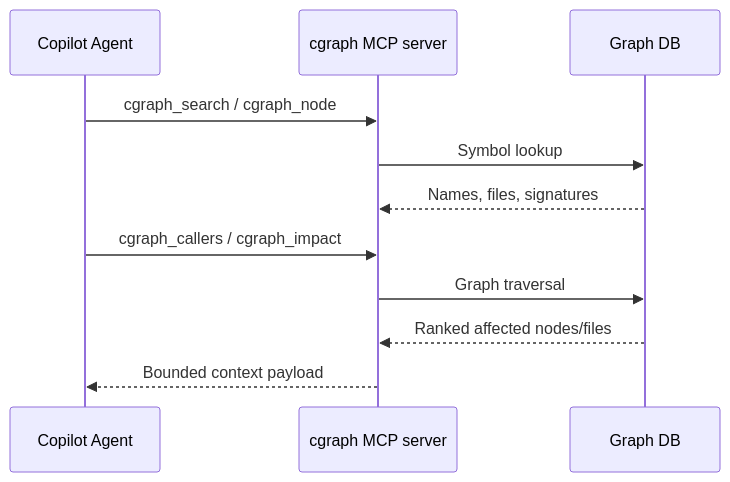
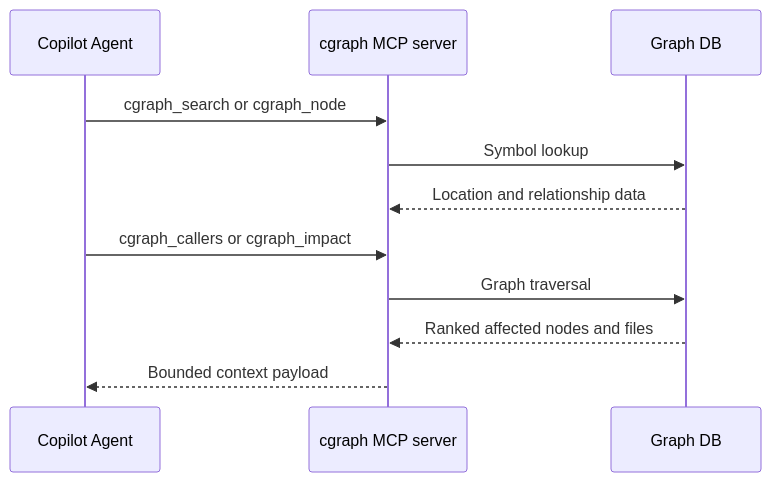
The third of 3 diagrams in README.md (samarth-w/agent_graph), drawn with Mermaid before and after one commit. The commit also changed other lines of this file, not shown here.

````diff
--- a/README.md
+++ b/README.md
@@ -304,14 +185,14 @@
 ```mermaid
 sequenceDiagram
   participant Agent as Copilot Agent
   participant MCP as cgraph MCP server
   participant DB as Graph DB
 
-  Agent->>MCP: cgraph_search / cgraph_node
+  Agent->>MCP: cgraph_search or cgraph_node
   MCP->>DB: Symbol lookup
-  DB-->>MCP: Names, files, signatures
-  Agent->>MCP: cgraph_callers / cgraph_impact
+  DB-->>MCP: Location and relationship data
+  Agent->>MCP: cgraph_callers or cgraph_impact
   MCP->>DB: Graph traversal
-  DB-->>MCP: Ranked affected nodes/files
+  DB-->>MCP: Ranked affected nodes and files
   MCP-->>Agent: Bounded context payload
 ```
````
